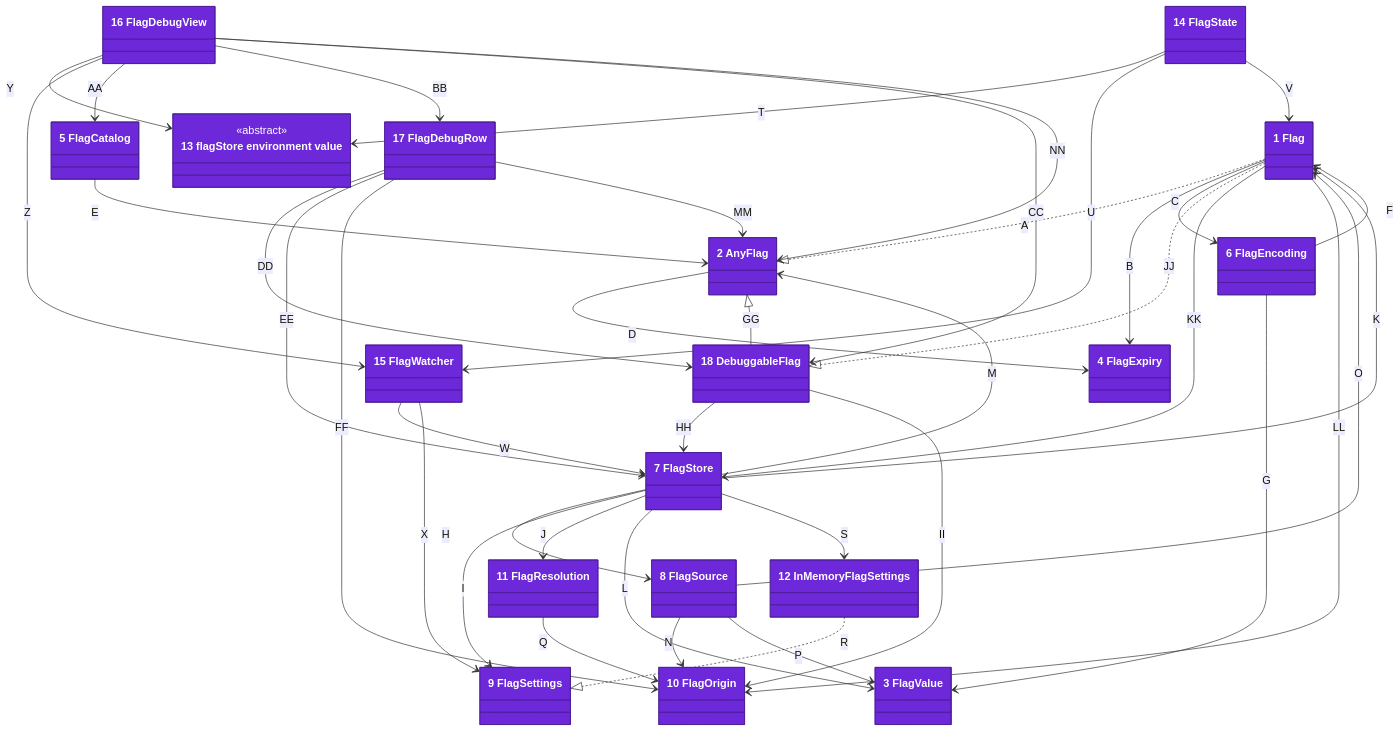
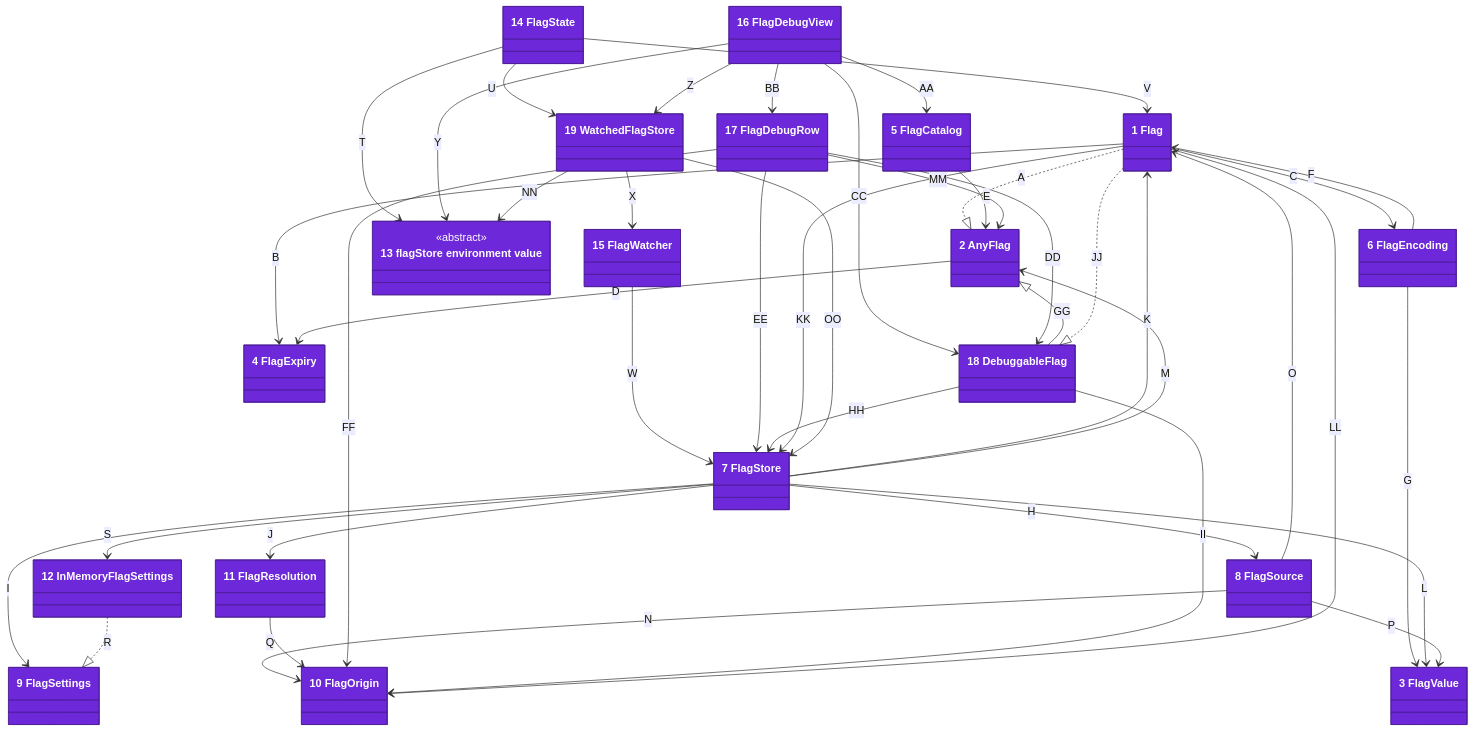
Before and after one commit to may-journal/feature-flag-kit: the first of 2 diagrams in docs/architecture/04-code.md, drawn with Mermaid. The commit also changed other lines of this file and 18 other files, not shown here.

````diff
--- a/docs/architecture/04-code.md
+++ b/docs/architecture/04-code.md
@@ -23,6 +23,7 @@
     class FlagDebugView["16 FlagDebugView"]
     class FlagDebugRow["17 FlagDebugRow"]
     class DebuggableFlag["18 DebuggableFlag"]
+    class WatchedFlagStore["19 WatchedFlagStore"]
 
     Flag ..|> AnyFlag : A
     Flag --> FlagExpiry : B
@@ -44,12 +45,12 @@
     InMemoryFlagSettings ..|> FlagSettings : R
     FlagStore --> InMemoryFlagSettings : S
     FlagState --> flagStore : T
-    FlagState --> FlagWatcher : U
+    FlagState --> WatchedFlagStore : U
     FlagState --> Flag : V
     FlagWatcher --> FlagStore : W
-    FlagWatcher --> FlagSettings : X
+    WatchedFlagStore --> FlagWatcher : X
     FlagDebugView --> flagStore : Y
-    FlagDebugView --> FlagWatcher : Z
+    FlagDebugView --> WatchedFlagStore : Z
     FlagDebugView --> FlagCatalog : AA
     FlagDebugView --> FlagDebugRow : BB
     FlagDebugView --> DebuggableFlag : CC
@@ -63,7 +64,8 @@
     Flag --> FlagStore : KK
     Flag --> FlagOrigin : LL
     FlagDebugRow --> AnyFlag : MM
-    FlagDebugView --> AnyFlag : NN
+    WatchedFlagStore --> flagStore : NN
+    WatchedFlagStore --> FlagStore : OO
 
     style Flag fill:#6d28d9,stroke:#4c1d95,color:#ffffff
     style AnyFlag fill:#6d28d9,stroke:#4c1d95,color:#ffffff
@@ -83,4 +85,5 @@
     style FlagDebugView fill:#6d28d9,stroke:#4c1d95,color:#ffffff
     style FlagDebugRow fill:#6d28d9,stroke:#4c1d95,color:#ffffff
     style DebuggableFlag fill:#6d28d9,stroke:#4c1d95,color:#ffffff
+    style WatchedFlagStore fill:#6d28d9,stroke:#4c1d95,color:#ffffff
 ```
````
